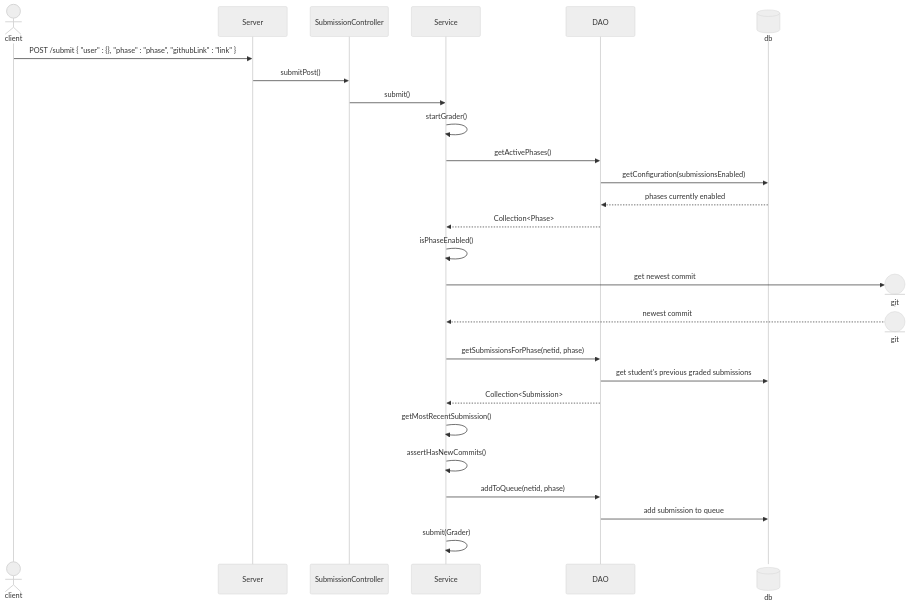
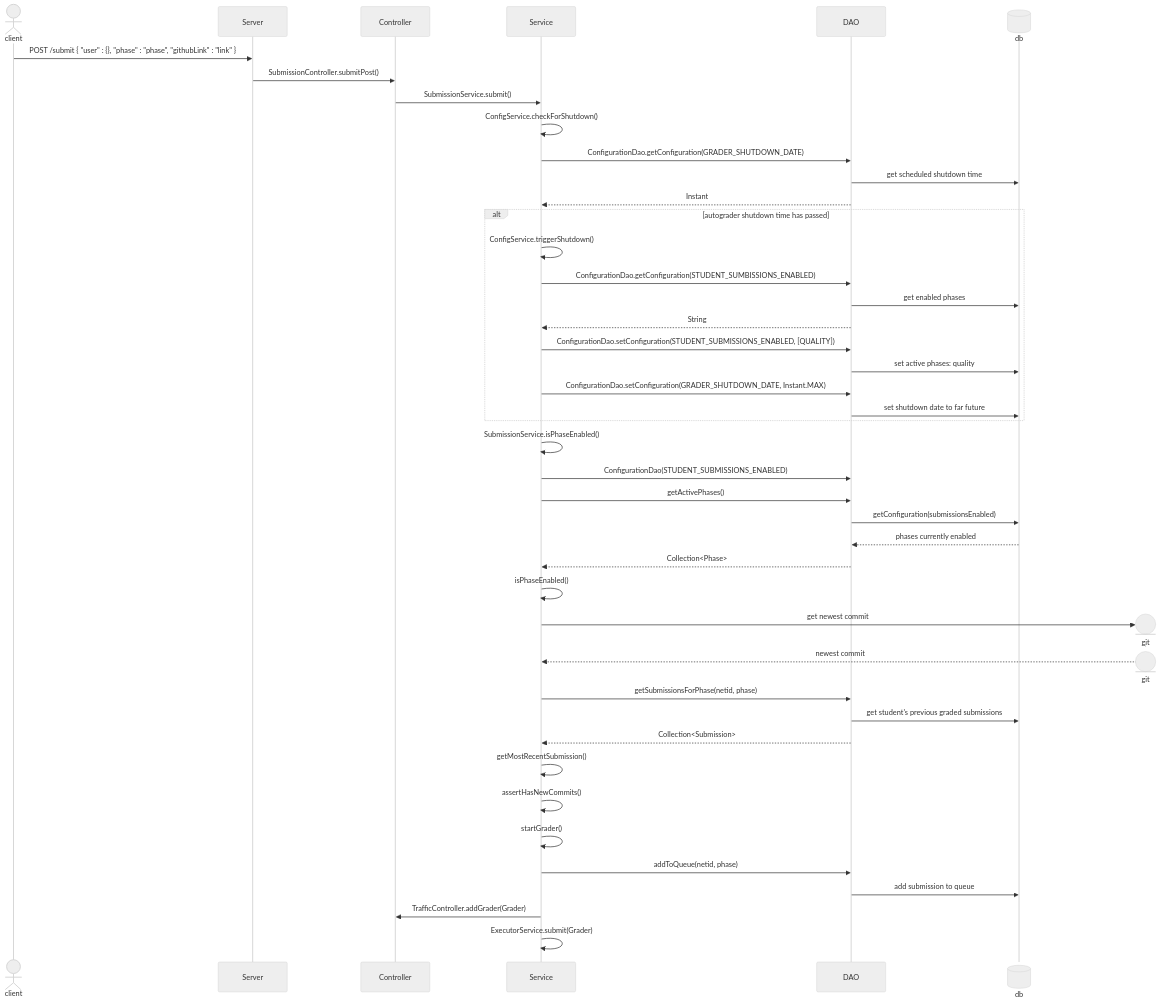
The first of 3 diagrams in docs/overall-grading-flow.md (softwareconstruction240/autograder), drawn with Mermaid (neutral theme) before and after one commit.

Commit message:
Refactor grading flow diagram #1 for clarity

````diff
--- a/docs/overall-grading-flow.md
+++ b/docs/overall-grading-flow.md
@@ -19,33 +19,51 @@
 ```mermaid
 sequenceDiagram
     actor client
     participant Server
-    participant SubmissionController
+    participant Controller
     participant Service
     participant dao as DAO
     participant db@{ "type" : "database" }
     
     client->>Server:POST /submit { "user" : {}, "phase" : "phase", "githubLink" : "link" }
-    Server->>SubmissionController:submitPost()
-    SubmissionController->>Service:submit()
-    Service->>Service:startGrader()
+    Server->>Controller:SubmissionController.submitPost()
+    Controller->>Service:SubmissionService.submit()
+    Service->>Service:ConfigService.checkForShutdown()
+    Service->>dao:ConfigurationDao.getConfiguration(GRADER_SHUTDOWN_DATE)
+    dao->>db:get scheduled shutdown time
+    dao-->>Service:Instant
+    alt autograder shutdown time has passed
+        Service->>Service:ConfigService.triggerShutdown()
+        Service->>dao:ConfigurationDao.getConfiguration(STUDENT_SUMBISSIONS_ENABLED)
+        dao->>db:get enabled phases
+        dao-->>Service: String
+        Service->>dao:ConfigurationDao.setConfiguration(STUDENT_SUBMISSIONS_ENABLED, [QUALITY])
+        dao->>db:set active phases: quality
+        Service->>dao:ConfigurationDao.setConfiguration(GRADER_SHUTDOWN_DATE, Instant.MAX)
+        dao->>db:set shutdown date to far future
+    end
+    Service->>Service:SubmissionService.isPhaseEnabled()
+    Service->>dao:ConfigurationDao(STUDENT_SUBMISSIONS_ENABLED)
+    
     Service->>dao:getActivePhases()
     dao->>db:getConfiguration(submissionsEnabled)
     db-->>dao:phases currently enabled
     dao-->>Service:Collection<Phase>
     Service->>Service:isPhaseEnabled()
     
     create participant git@{ "type" : "entity" }
     Service->>git:get newest commit
     destroy git
     git-->>Service:newest commit
     Service->>dao:getSubmissionsForPhase(netid, phase)
     dao->>db:get student's previous graded submissions
     dao-->>Service:Collection<Submission>
     Service->>Service:getMostRecentSubmission()
     Service->>Service:assertHasNewCommits()
-    
+
+    Service->>Service:startGrader()
     Service->>dao:addToQueue(netid, phase)
     dao->>db:add submission to queue
-    Service->>Service:submit(Grader)
+    Service->>Controller:TrafficController.addGrader(Grader)
+    Service->>Service:ExecutorService.submit(Grader)
 ```
````
